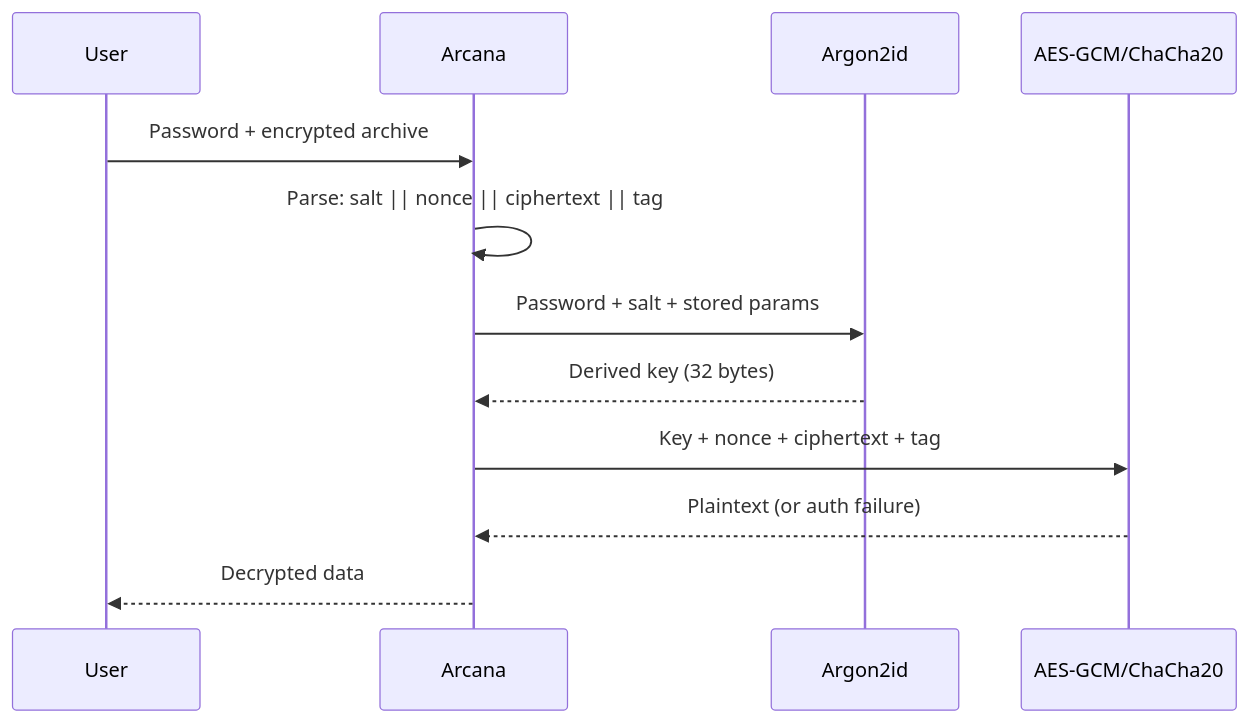
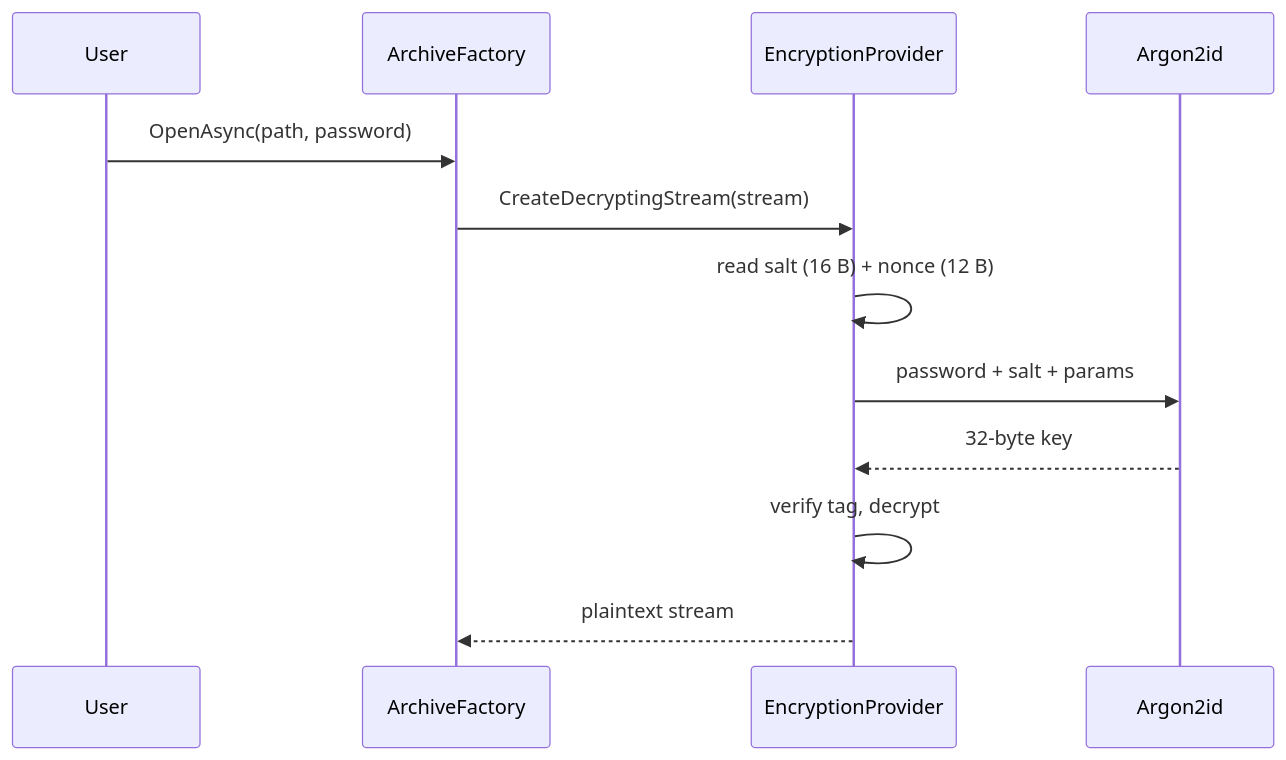
Before and after one commit to marcelofrau/arcana: the second of 2 diagrams in docs/compression/CIPHERS.md, drawn with Mermaid. The commit also changed other lines of this file and 19 other files, not shown here.

Commit message:
docs: rewrite full documentation suite (architecture, specs, roadmap, API, security, README)

````diff
--- a/docs/compression/CIPHERS.md
+++ b/docs/compression/CIPHERS.md
@@ -105,15 +62,15 @@
 ```mermaid
 sequenceDiagram
     participant User
-    participant Arcana
+    participant Factory as ArchiveFactory
+    participant Crypto as EncryptionProvider
     participant KDF as Argon2id
-    participant Cipher as AES-GCM/ChaCha20
 
-    User->>Arcana: Password + encrypted archive
-    Arcana->>Arcana: Parse: salt || nonce || ciphertext || tag
-    Arcana->>KDF: Password + salt + stored params
-    KDF-->>Arcana: Derived key (32 bytes)
-    Arcana->>Cipher: Key + nonce + ciphertext + tag
-    Cipher-->>Arcana: Plaintext (or auth failure)
-    Arcana-->>User: Decrypted data
+    User->>Factory: OpenAsync(path, password)
+    Factory->>Crypto: CreateDecryptingStream(stream)
+    Crypto->>Crypto: read salt (16 B) + nonce (12 B)
+    Crypto->>KDF: password + salt + params
+    KDF-->>Crypto: 32-byte key
+    Crypto->>Crypto: verify tag, decrypt
+    Crypto-->>Factory: plaintext stream
 ```
````
